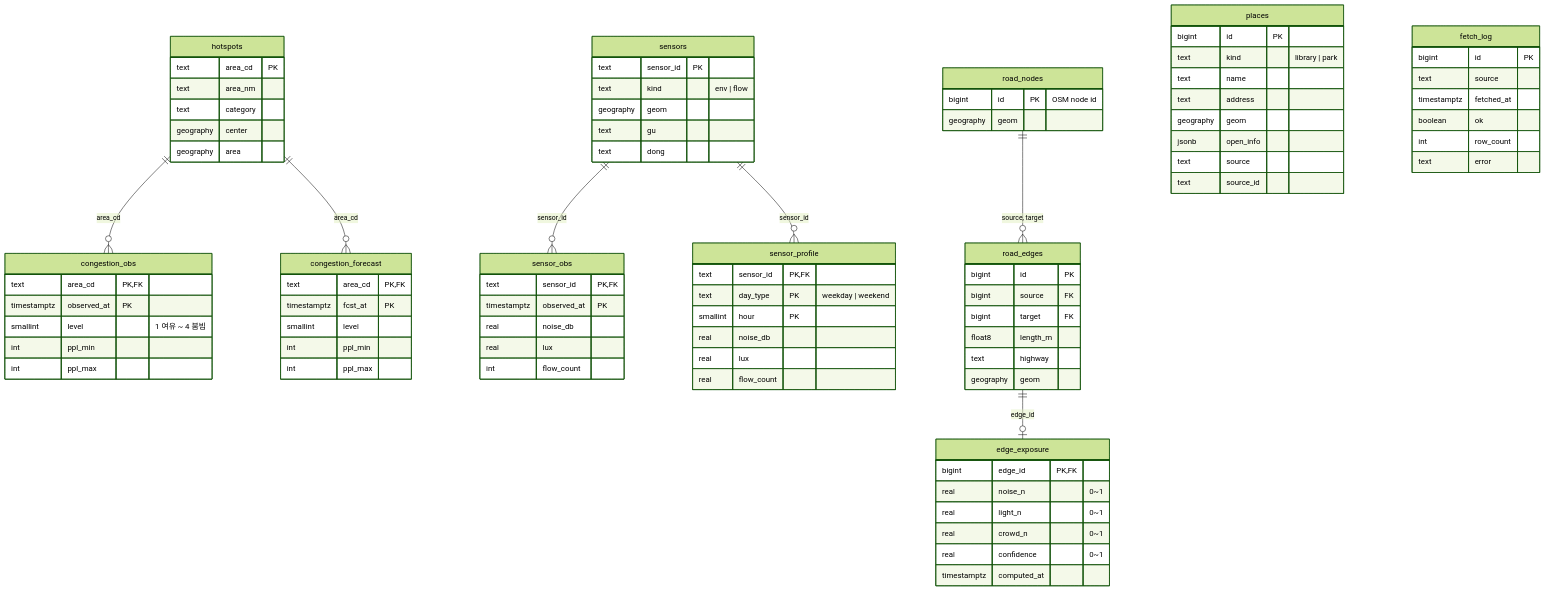
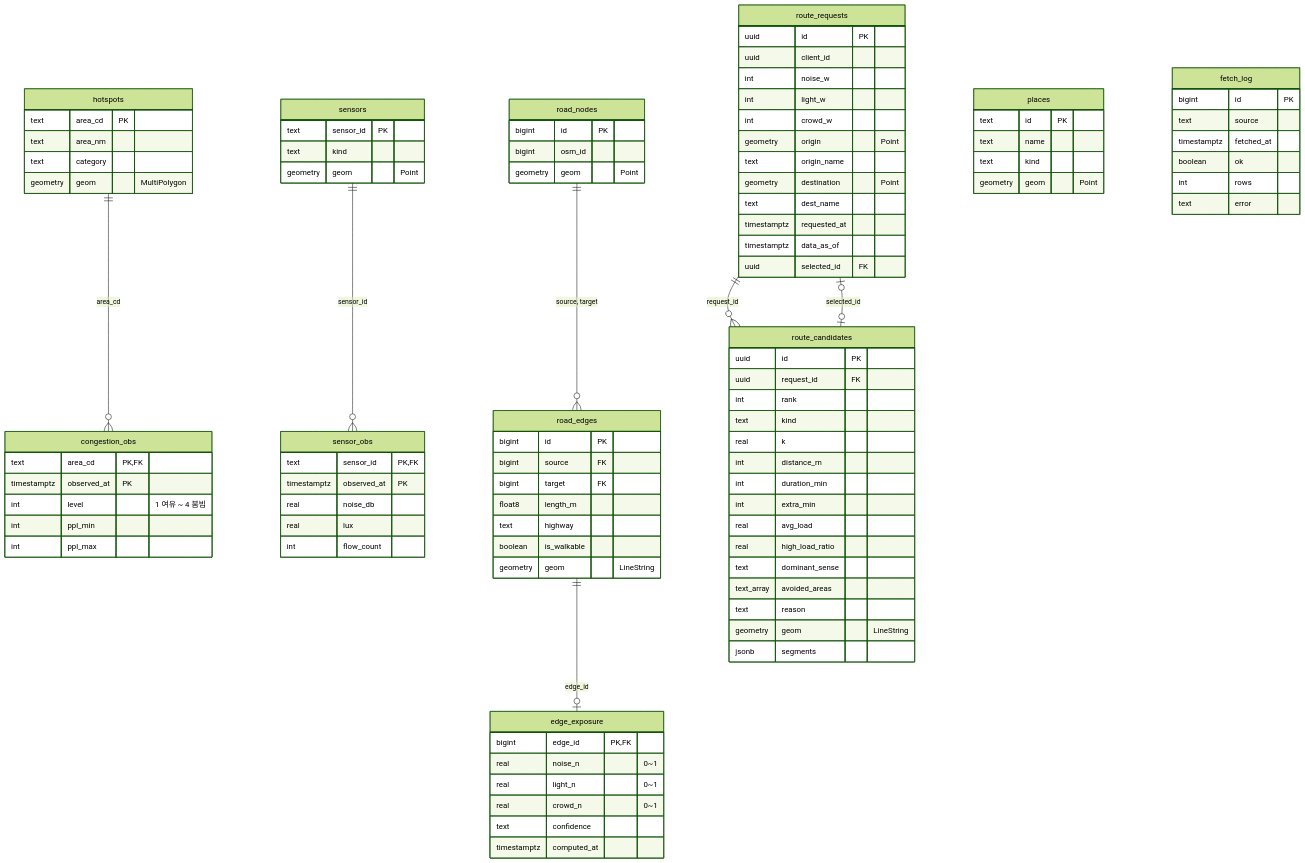
The diagram in supabase/README.md (ku-inthon-team08/hackathon), drawn with Mermaid (forest theme) before and after one commit. The commit also changed other lines of this file and 9 other files, not shown here.

````diff
--- a/supabase/README.md
+++ b/supabase/README.md
@@ -46,39 +53,29 @@
 ```mermaid
 erDiagram
   hotspots ||--o{ congestion_obs : area_cd
-  hotspots ||--o{ congestion_forecast : area_cd
   sensors ||--o{ sensor_obs : sensor_id
-  sensors ||--o{ sensor_profile : sensor_id
   road_nodes ||--o{ road_edges : "source, target"
   road_edges ||--o| edge_exposure : edge_id
+  route_requests ||--o{ route_candidates : request_id
+  route_requests |o--o| route_candidates : selected_id
 
   hotspots {
     text area_cd PK
     text area_nm
     text category
-    geography center
-    geography area
+    geometry geom "MultiPolygon"
   }
   congestion_obs {
     text area_cd PK, FK
     timestamptz observed_at PK
-    smallint level "1 여유 ~ 4 붐빔"
-    int ppl_min
-    int ppl_max
-  }
-  congestion_forecast {
-    text area_cd PK, FK
-    timestamptz fcst_at PK
-    smallint level
+    int level "1 여유 ~ 4 붐빔"
     int ppl_min
     int ppl_max
   }
   sensors {
     text sensor_id PK
-    text kind "env | flow"
-    geography geom
-    text gu
-    text dong
+    text kind
+    geometry geom "Point"
   }
   sensor_obs {
     text sensor_id PK, FK
@@ -87,27 +84,16 @@
     real lux
     int flow_count
   }
-  sensor_profile {
-    text sensor_id PK, FK
-    text day_type PK "weekday | weekend"
-    smallint hour PK
-    real noise_db
-    real lux
-    real flow_count
-  }
   places {
-    bigint id PK
-    text kind "library | park"
+    text id PK
     text name
-    text address
-    geography geom
-    jsonb open_info
-    text source
-    text source_id
+    text kind
+    geometry geom "Point"
   }
   road_nodes {
-    bigint id PK "OSM node id"
-    geography geom
+    bigint id PK
+    bigint osm_id
+    geometry geom "Point"
   }
   road_edges {
     bigint id PK
@@ -115,22 +101,54 @@
     bigint target FK
     float8 length_m
     text highway
-    geography geom
+    boolean is_walkable
+    geometry geom "LineString"
   }
   edge_exposure {
     bigint edge_id PK, FK
     real noise_n "0~1"
     real light_n "0~1"
     real crowd_n "0~1"
-    real confidence "0~1"
+    text confidence
     timestamptz computed_at
+  }
+  route_requests {
+    uuid id PK
+    uuid client_id
+    int noise_w
+    int light_w
+    int crowd_w
+    geometry origin "Point"
+    text origin_name
+    geometry destination "Point"
+    text dest_name
+    timestamptz requested_at
+    timestamptz data_as_of
+    uuid selected_id FK
+  }
+  route_candidates {
+    uuid id PK
+    uuid request_id FK
+    int rank
+    text kind
+    real k
+    int distance_m
+    int duration_min
+    int extra_min
+    real avg_load
+    real high_load_ratio
+    text dominant_sense
+    text_array avoided_areas
+    text reason
+    geometry geom "LineString"
+    jsonb segments
   }
   fetch_log {
     bigint id PK
     text source
     timestamptz fetched_at
     boolean ok
-    int row_count
+    int rows
     text error
   }
 ```
````
